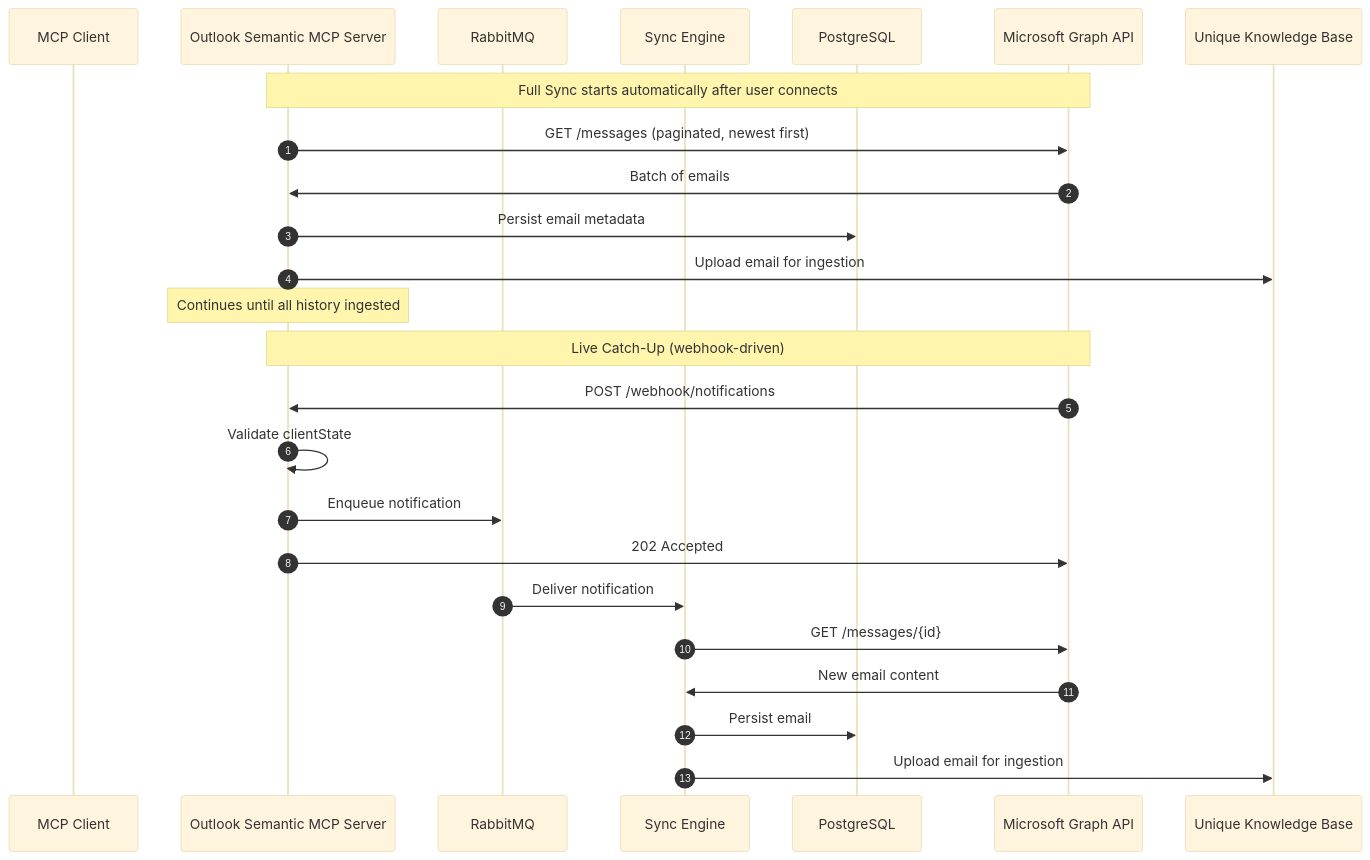
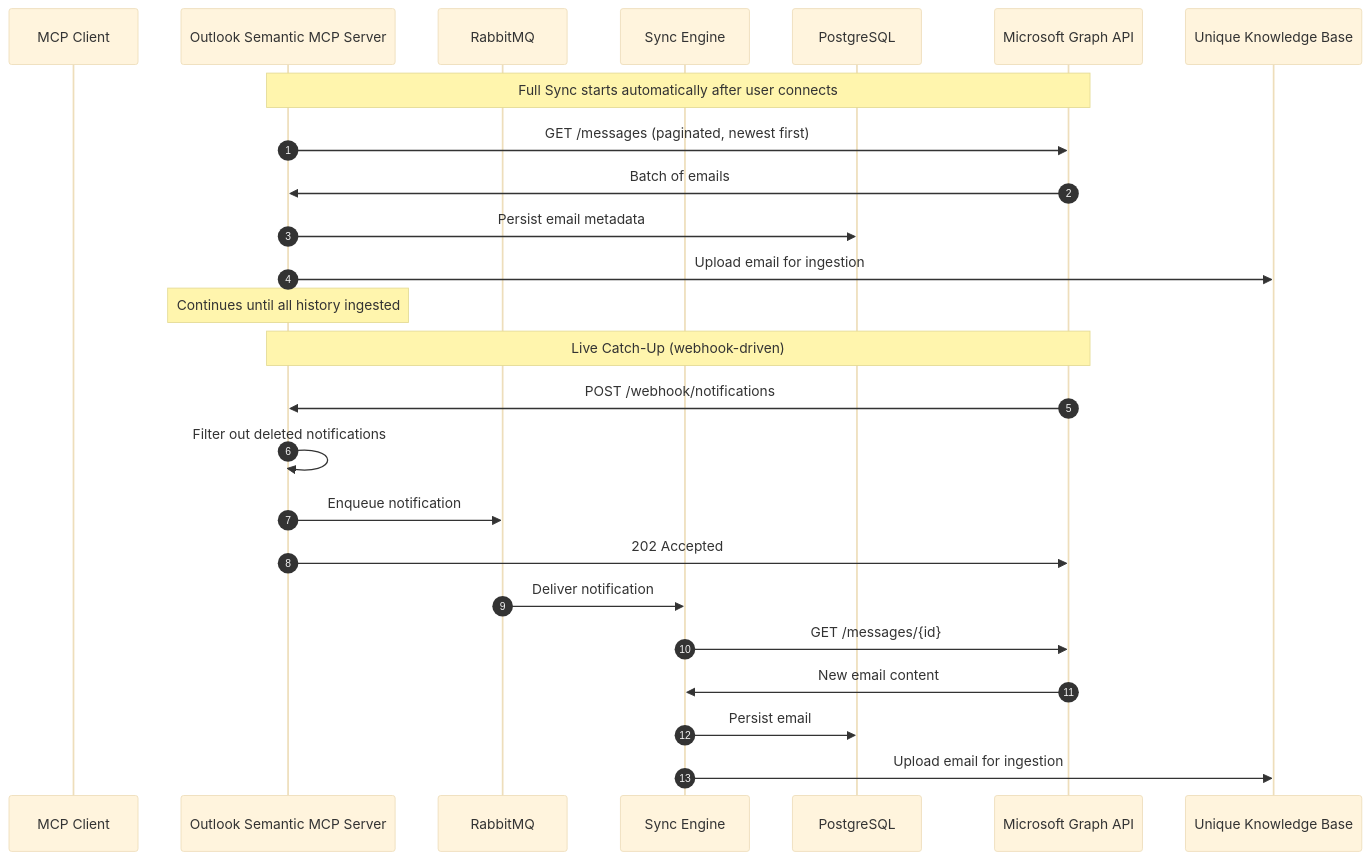
Before and after one commit to Unique-AG/connectors: the third of 3 diagrams in services/outlook-semantic-mcp/docs/README.md, drawn with Mermaid (base theme). The commit also changed other lines of this file and 10 other files, not shown here.

````diff
--- a/services/outlook-semantic-mcp/docs/README.md
+++ b/services/outlook-semantic-mcp/docs/README.md
@@ -208,29 +208,29 @@
 ```mermaid
 sequenceDiagram
     autonumber
     participant MCPClient as MCP Client
     participant OutlookMCP as Outlook Semantic MCP Server
     participant RabbitMQ as RabbitMQ
     participant SyncEngine as Sync Engine
     participant DB as PostgreSQL
     participant MSGraph as Microsoft Graph API
     participant UniqueKB as Unique Knowledge Base
 
     Note over OutlookMCP,MSGraph: Full Sync starts automatically after user connects
     OutlookMCP->>MSGraph: GET /messages (paginated, newest first)
     MSGraph->>OutlookMCP: Batch of emails
     OutlookMCP->>DB: Persist email metadata
     OutlookMCP->>UniqueKB: Upload email for ingestion
     Note over OutlookMCP: Continues until all history ingested
 
     Note over OutlookMCP,MSGraph: Live Catch-Up (webhook-driven)
     MSGraph->>OutlookMCP: POST /webhook/notifications
-    OutlookMCP->>OutlookMCP: Validate clientState
+    OutlookMCP->>OutlookMCP: Filter out deleted notifications
     OutlookMCP->>RabbitMQ: Enqueue notification
     OutlookMCP->>MSGraph: 202 Accepted
     RabbitMQ->>SyncEngine: Deliver notification
     SyncEngine->>MSGraph: GET /messages/{id}
     MSGraph->>SyncEngine: New email content
     SyncEngine->>DB: Persist email
     SyncEngine->>UniqueKB: Upload email for ingestion
 ```
````
